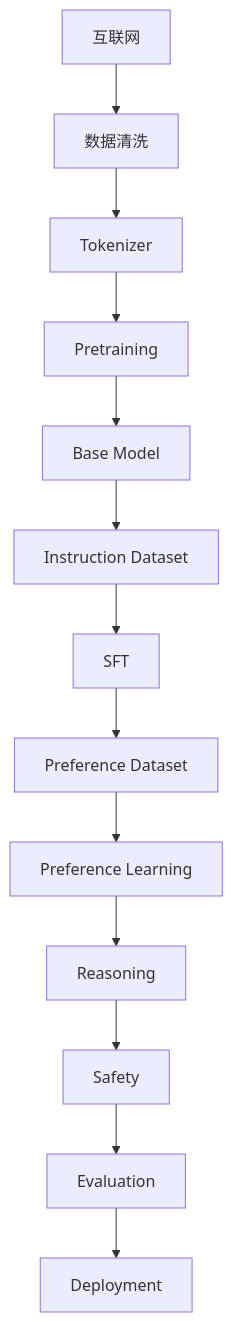
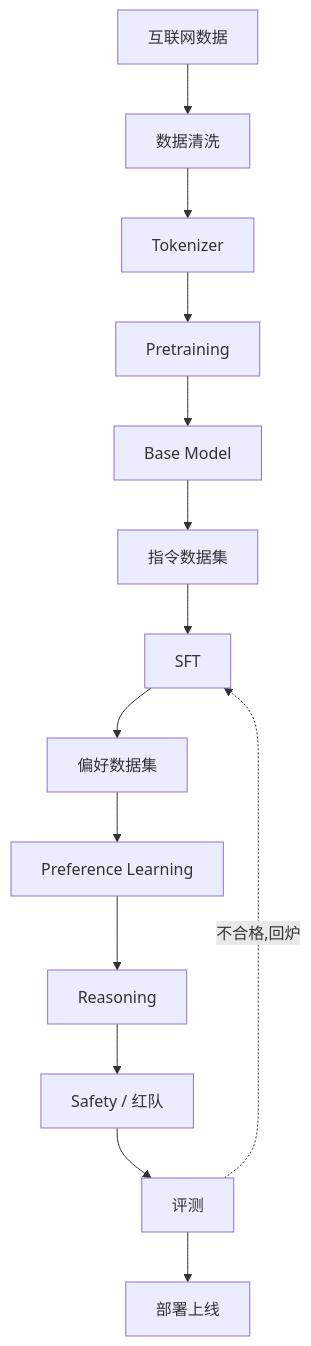
One commit to AI-learning-simple/Build-Your-Own-LLM changed the third of 3 diagrams in 2. Alignment 与训练工程/1. Alignment——为什么 GPT 变成了 ChatGPT.md. Above: the diagram before and after it, drawn with Mermaid. The commit also changed other lines of this file and 41 other files, not shown here.

````diff
--- a/2. Alignment 与训练工程/1. Alignment——为什么 GPT 变成了 ChatGPT.md
+++ b/2. Alignment 与训练工程/1. Alignment——为什么 GPT 变成了 ChatGPT.md
@@ -96,7 +135,8 @@
 ```mermaid
 flowchart TD
-    A[互联网] --> B[数据清洗] --> C[Tokenizer] --> D[Pretraining] --> E[Base Model]
-    E --> F[Instruction Dataset] --> G[SFT]
-    G --> H[Preference Dataset] --> I[Preference Learning]
-    I --> J[Reasoning] --> K[Safety] --> L[Evaluation] --> M[Deployment]
+    A[互联网数据] --> B[数据清洗] --> C[Tokenizer] --> D[Pretraining] --> E[Base Model]
+    E --> F[指令数据集] --> G[SFT]
+    G --> H[偏好数据集] --> I[Preference Learning]
+    I --> J[Reasoning] --> K[Safety / 红队] --> L[评测] --> M[部署上线]
+    L -.->|不合格,回炉| G
 ```
````
